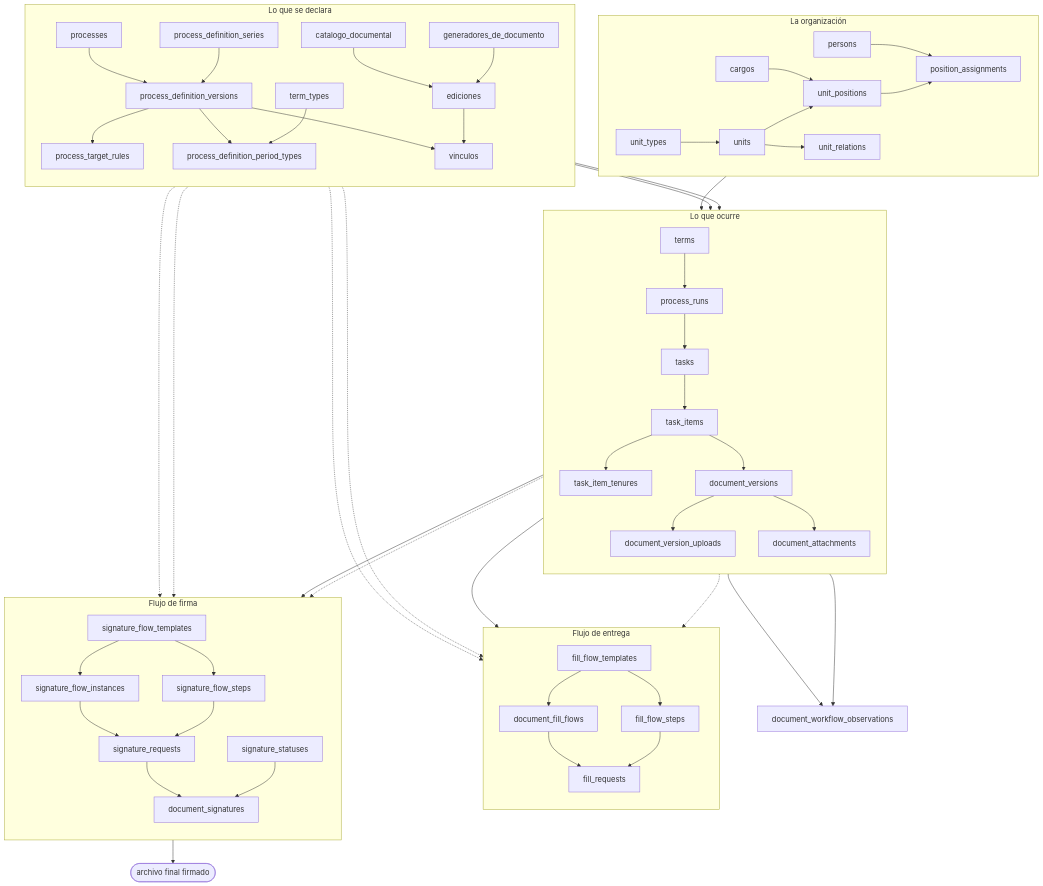
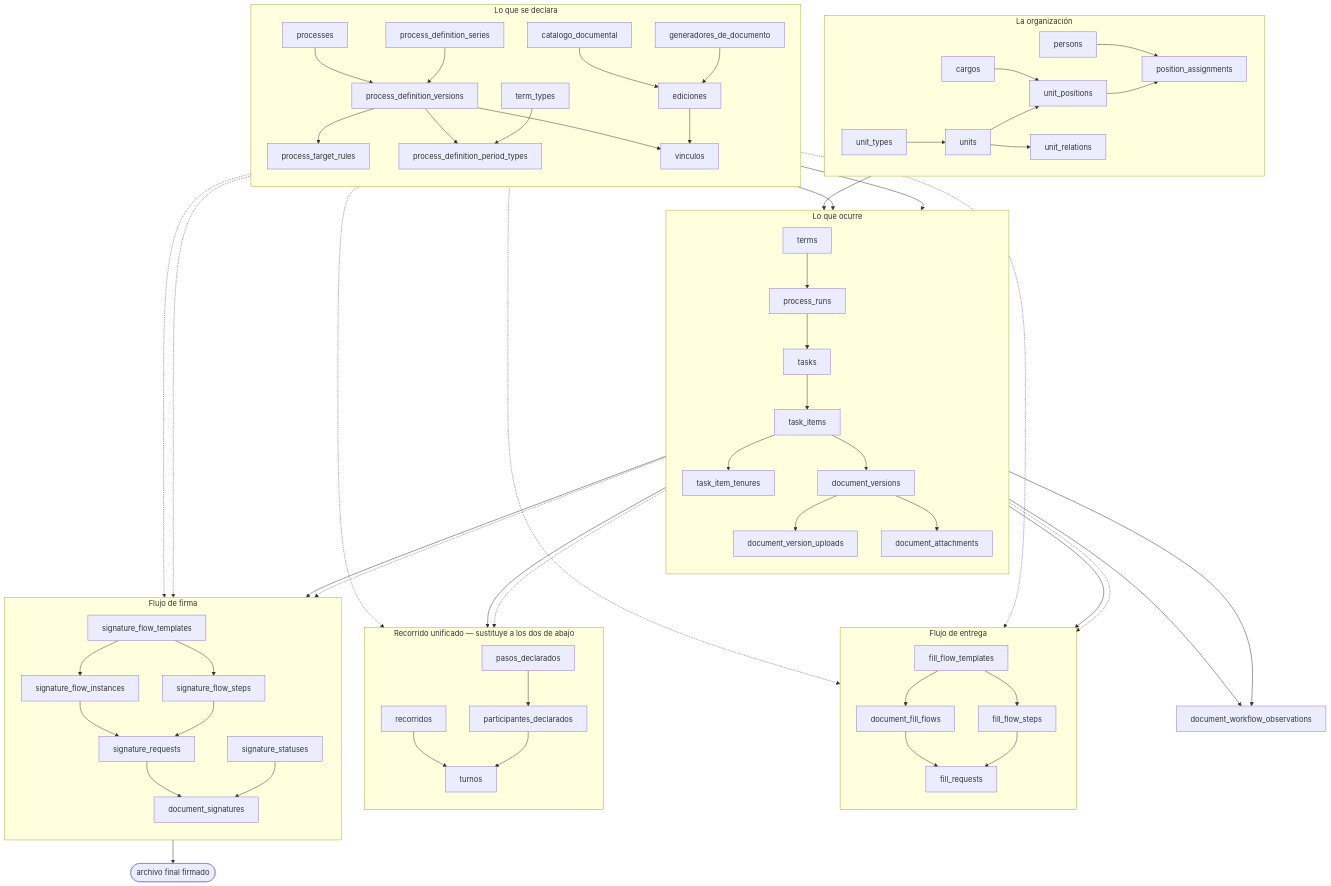
One commit to fresvel/deasy changed the diagram in docs/src/content/docs/modelo/mapa-completo.md. Above: the diagram before and after it, drawn with Mermaid. The commit also changed other lines of this file and 15 other files, not shown here.

````diff
--- a/docs/src/content/docs/modelo/mapa-completo.md
+++ b/docs/src/content/docs/modelo/mapa-completo.md
@@ -22,69 +22,79 @@
 ```mermaid
 flowchart TB
   subgraph ORG["La organización"]
     direction LR
     UT["unit_types"] --> U["units"]
     U --> UP["unit_positions"]
     C["cargos"] --> UP
     UP --> PA["position_assignments"]
     P["persons"] --> PA
     U --> UR["unit_relations"]
   end
 
   subgraph DECL["Lo que se declara"]
     direction TB
     PR["processes"] --> PDV["process_definition_versions"]
     SER["process_definition_series"] --> PDV
     PDV --> PTR["process_target_rules"]
     PDV --> PDPT["process_definition_period_types"]
     TT["term_types"] --> PDPT
     DEL["catalogo_documental"] --> TA["ediciones"]
     GEN["generadores_de_documento"] --> TA
     PDV --> PDT["vinculos"]
     TA --> PDT
   end
 
   subgraph EJEC["Lo que ocurre"]
     direction TB
     PDV --> RUN["process_runs"]
     TERM["terms"] --> RUN
     RUN --> T["tasks"]
     T --> TI["task_items"]
     PDT --> TI
     UP --> TI
     TI --> TEN["task_item_tenures"]
     TI --> DV["document_versions"]
     DV --> DVU["document_version_uploads"]
     DV --> DA["document_attachments"]
   end
 
   subgraph ENT["Flujo de entrega"]
     direction TB
     FFT["fill_flow_templates"] --> FFS["fill_flow_steps"]
     FFT --> DFF["document_fill_flows"]
     DFF --> FR["fill_requests"]
     FFS --> FR
   end
 
+  subgraph REC["Recorrido unificado — sustituye a los dos de abajo"]
+    direction TB
+    PASO["pasos_declarados"] --> PART["participantes_declarados"]
+    RECO["recorridos"] --> TUR["turnos"]
+    PART --> TUR
+  end
+
   subgraph FIR["Flujo de firma"]
     direction TB
     SFT["signature_flow_templates"] --> SFS["signature_flow_steps"]
     SFT --> SFI["signature_flow_instances"]
     SFI --> SR["signature_requests"]
     SFS --> SR
     SR --> DS["document_signatures"]
     SS["signature_statuses"] --> DS
   end
 
   TA -.-> FFT
   PDT -.-> FFT
   TI -.-> FFT
   TA -.-> SFT
   PDT -.-> SFT
   TI -.-> SFT
   DV --> DFF
   DV --> SFI
+  TA -.-> PASO
+  TI -.-> PASO
+  DV --> RECO
   DS --> FIN(["archivo final firmado"])
   TI --> OBS["document_workflow_observations"]
   DV --> OBS
 ```
````
